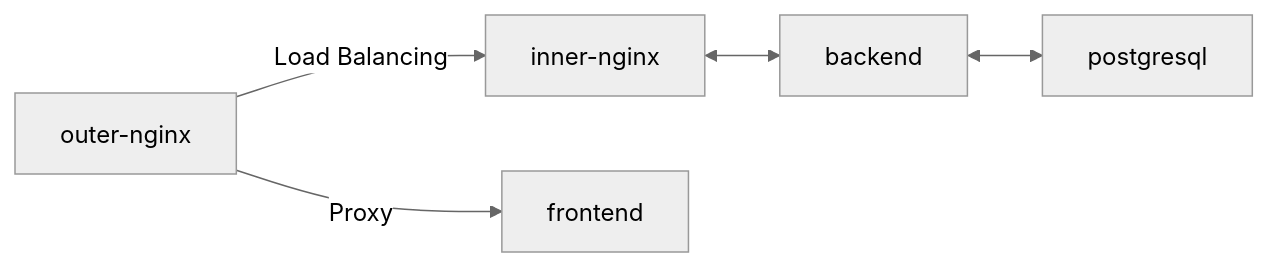
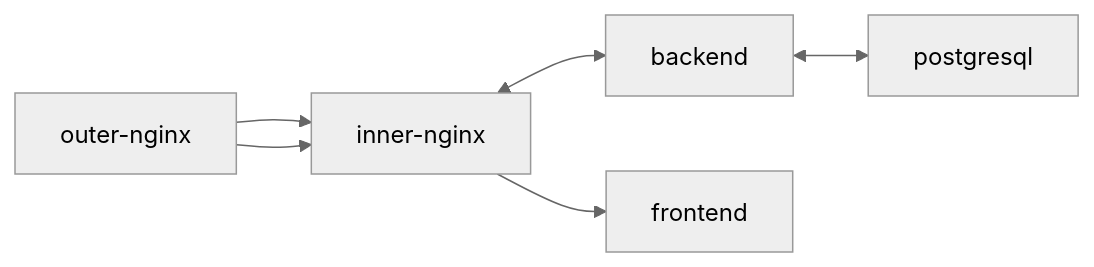
One commit to hixwizard/diploma changed the diagram in README.md. Above: the diagram before and after it, drawn with Mermaid (neutral theme).

````diff
--- a/README.md
+++ b/README.md
@@ -16,5 +16,5 @@
 ```mermaid
 graph LR;
-  outer-nginx -->|Load Balancing| inner-nginx <--> backend <--> postgresql;
-  outer-nginx -->|Proxy| frontend;
+  outer-nginx --> inner-nginx <--> backend <--> postgresql;
+  outer-nginx --> inner-nginx --> frontend;
 ```
````
